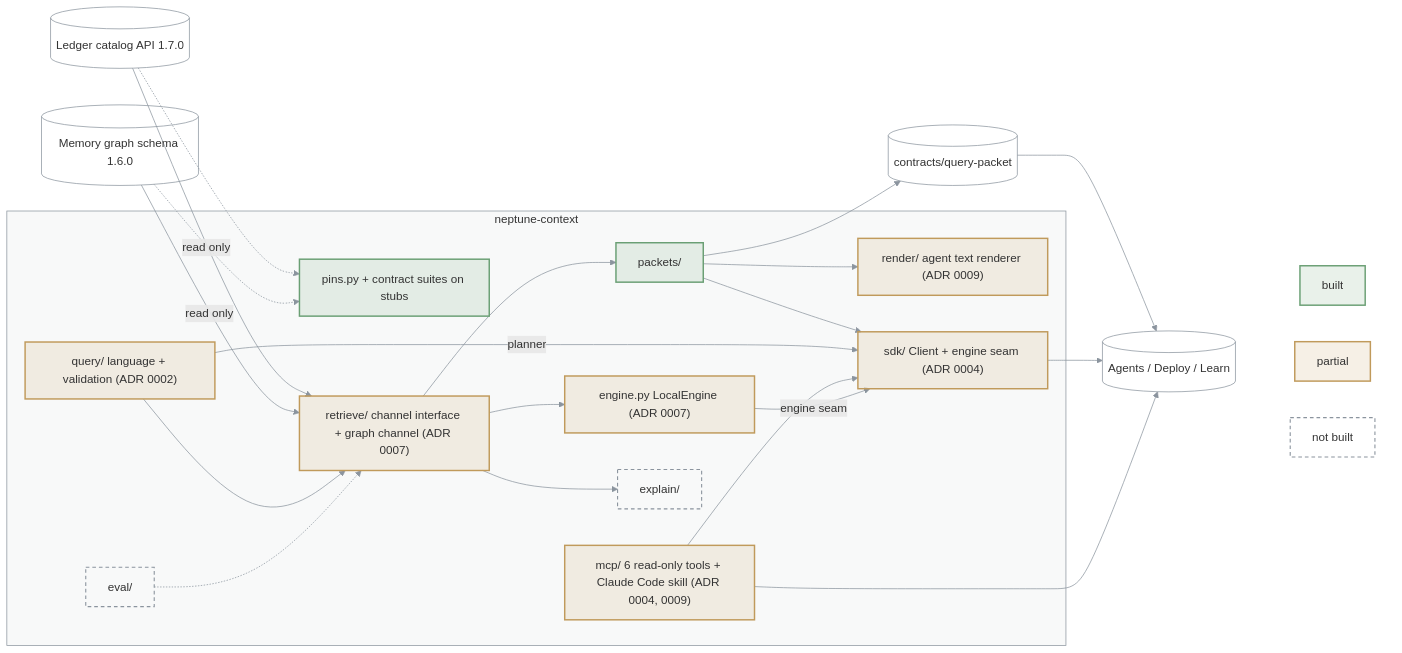
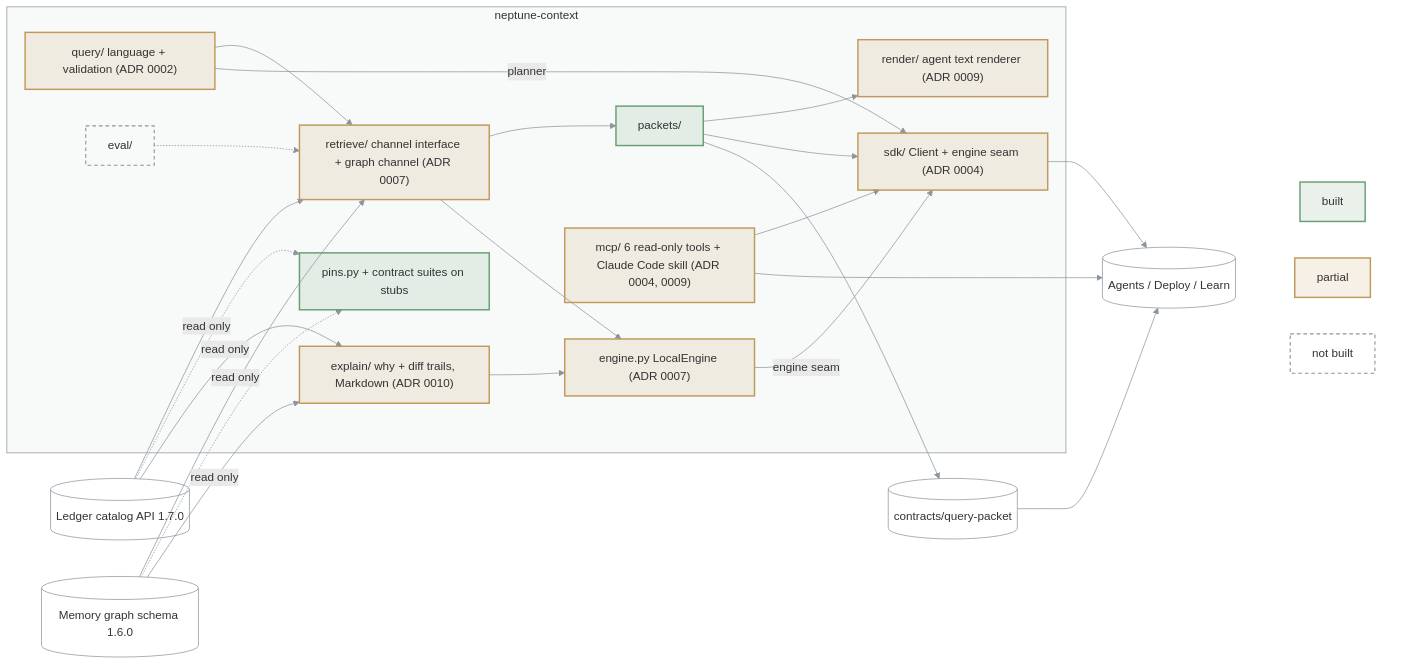
One commit to bennytay/neptune changed the diagram in packages/neptune-context/ARCHITECTURE.md. Above: the diagram before and after it, drawn with Mermaid. The commit also changed 81 other files, not shown here.

First line of the commit message:
Human explain/diff: why-we-believe and what-changed trails over claims and evidence (#141)

````diff
--- a/packages/neptune-context/ARCHITECTURE.md
+++ b/packages/neptune-context/ARCHITECTURE.md
@@ -3,50 +3,51 @@
 ```mermaid
 flowchart LR
   LED[("Ledger catalog API 1.7.0")]
   MEM[("Memory graph schema 1.6.0")]
   subgraph P["neptune-context"]
     PIN["pins.py + contract suites on stubs"]
     QRY["query/ language + validation (ADR 0002)"]
     RET["retrieve/ channel interface + graph channel (ADR 0007)"]
     ENG["engine.py LocalEngine (ADR 0007)"]
     PKT["packets/"]
     RND["render/ agent text renderer (ADR 0009)"]
     SDK["sdk/ Client + engine seam (ADR 0004)"]
     MCP["mcp/ 6 read-only tools + Claude Code skill (ADR 0004, 0009)"]
-    EXP["explain/"]
+    EXP["explain/ why + diff trails, Markdown (ADR 0010)"]
     EVA["eval/"]
   end
   OUT[("Agents / Deploy / Learn")]
   CON[("contracts/query-packet")]
   LED -->|read only| RET
   MEM -->|read only| RET
   LED & MEM -.-> PIN
   QRY --> RET --> PKT --> RND
-  RET --> EXP
+  LED & MEM -->|read only| EXP
+  EXP --> ENG
   PKT --> SDK
   QRY -->|planner| SDK
   MCP --> SDK
   RET --> ENG -->|engine seam| SDK
   EVA -.-> RET
   PKT --> CON --> OUT
   SDK & MCP --> OUT
 
   subgraph KEY[" "]
     K1["built"]
     K2["partial"]
     K3["not built"]
   end
   OUT ~~~ K1 & K2 & K3
 
   classDef built fill:#6a9f7426,stroke:#6a9f74,stroke-width:2px
   classDef partial fill:#c09a5b26,stroke:#c09a5b,stroke-width:2px
   classDef todo fill:none,stroke:#8b949e,stroke-width:1.5px,stroke-dasharray:5 4
   classDef ext fill:none,stroke:#8b949e,stroke-width:1px
   class K1,PIN,PKT built
-  class K2,QRY,RND,SDK,MCP,RET,ENG partial
-  class EXP,EVA,K3 todo
+  class K2,QRY,RND,SDK,MCP,RET,ENG,EXP partial
+  class EVA,K3 todo
   class LED,MEM,OUT,CON ext
   style P fill:#8b949e0f,stroke:#8b949e
   style KEY fill:none,stroke:none
   linkStyle default stroke:#8b949e
 ```
````
